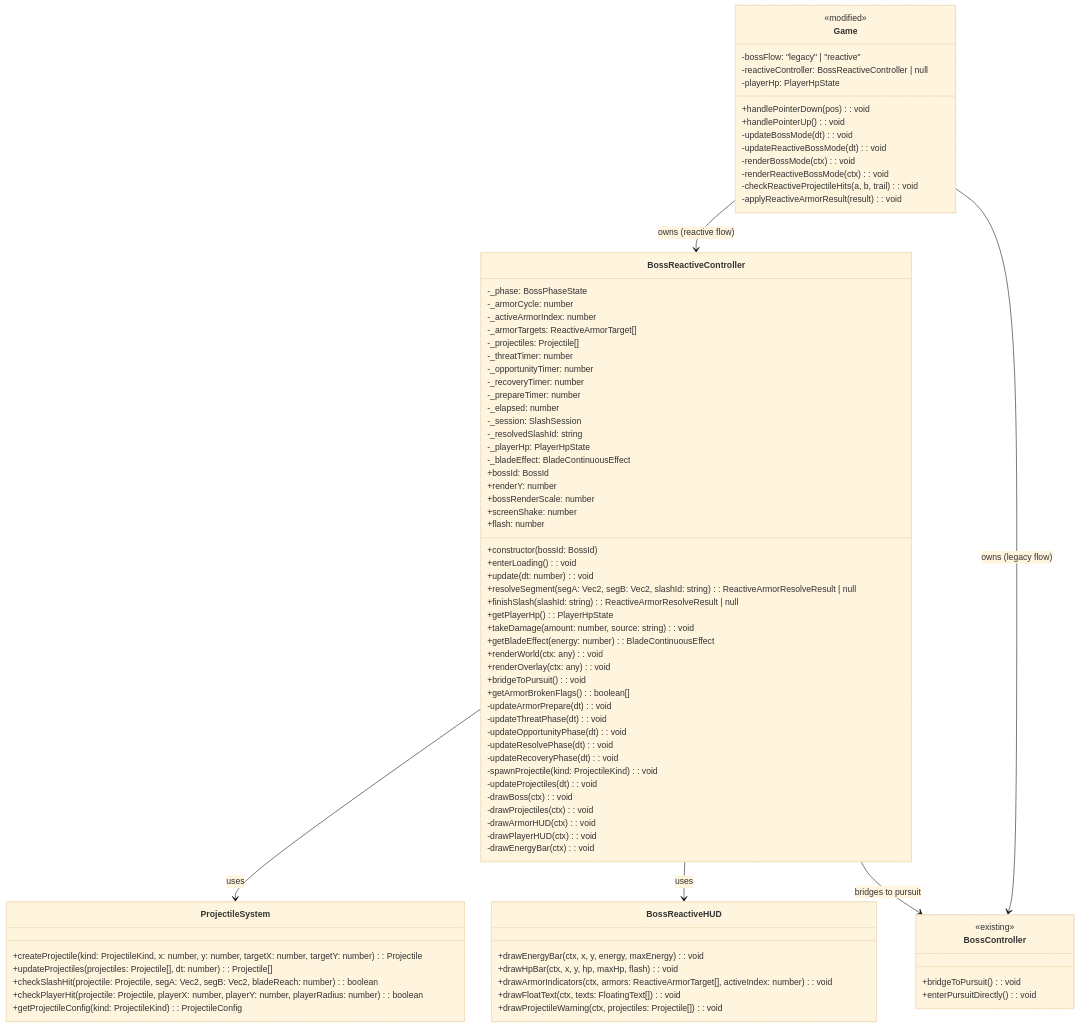
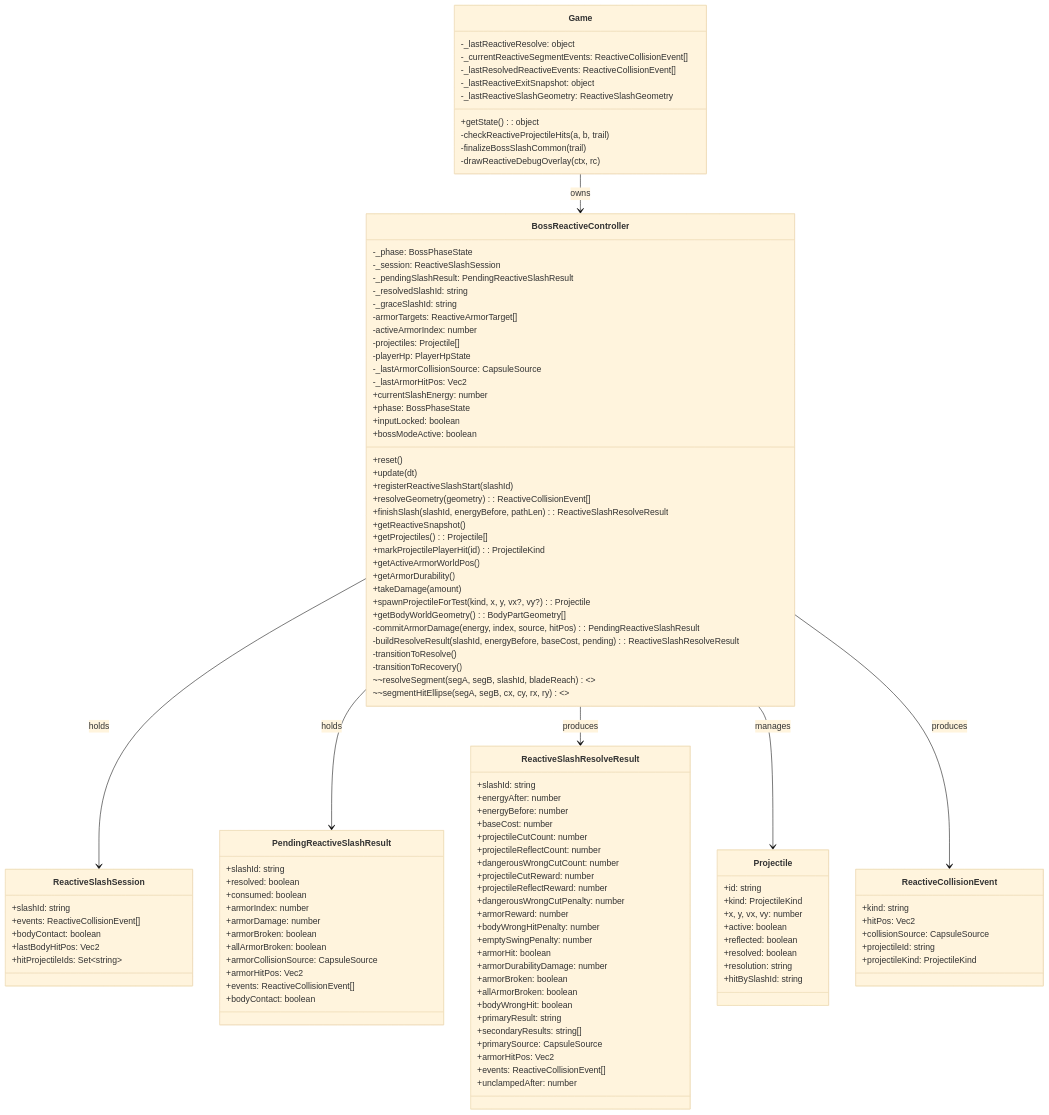
The diagram in docs/class-diagram.mermaid (HubinAI/one-blade-h5-prototype), drawn with Mermaid (base theme) before and after one commit. The commit also changed 9 other files, not shown here.

```diff
--- a/docs/class-diagram.mermaid
+++ b/docs/class-diagram.mermaid
@@ -1,91 +1,124 @@
 classDiagram
+    class Game {
+        -_lastReactiveResolve: object
+        -_currentReactiveSegmentEvents: ReactiveCollisionEvent[]
+        -_lastResolvedReactiveEvents: ReactiveCollisionEvent[]
+        -_lastReactiveExitSnapshot: object
+        -_lastReactiveSlashGeometry: ReactiveSlashGeometry
+        +getState() : object
+        -checkReactiveProjectileHits(a, b, trail)
+        -finalizeBossSlashCommon(trail)
+        -drawReactiveDebugOverlay(ctx, rc)
+    }
+
     class BossReactiveController {
         -_phase: BossPhaseState
-        -_armorCycle: number
-        -_activeArmorIndex: number
-        -_armorTargets: ReactiveArmorTarget[]
-        -_projectiles: Projectile[]
-        -_threatTimer: number
-        -_opportunityTimer: number
-        -_recoveryTimer: number
-        -_prepareTimer: number
-        -_elapsed: number
-        -_session: SlashSession
+        -_session: ReactiveSlashSession
+        -_pendingSlashResult: PendingReactiveSlashResult
         -_resolvedSlashId: string
-        -_playerHp: PlayerHpState
-        -_bladeEffect: BladeContinuousEffect
-        +bossId: BossId
-        +renderY: number
-        +bossRenderScale: number
-        +screenShake: number
-        +flash: number
-        
-        +constructor(bossId: BossId)
-        +enterLoading(): void
-        +update(dt: number): void
-        +resolveSegment(segA: Vec2, segB: Vec2, slashId: string): ReactiveArmorResolveResult | null
-        +finishSlash(slashId: string): ReactiveArmorResolveResult | null
-        +getPlayerHp(): PlayerHpState
-        +takeDamage(amount: number, source: string): void
-        +getBladeEffect(energy: number): BladeContinuousEffect
-        +renderWorld(ctx: any): void
-        +renderOverlay(ctx: any): void
-        +bridgeToPursuit(): void
-        +getArmorBrokenFlags(): boolean[]
-        
-        -updateArmorPrepare(dt): void
-        -updateThreatPhase(dt): void
-        -updateOpportunityPhase(dt): void
-        -updateResolvePhase(dt): void
-        -updateRecoveryPhase(dt): void
-        -spawnProjectile(kind: ProjectileKind): void
-        -updateProjectiles(dt): void
-        -drawBoss(ctx): void
-        -drawProjectiles(ctx): void
-        -drawArmorHUD(ctx): void
-        -drawPlayerHUD(ctx): void
-        -drawEnergyBar(ctx): void
+        -_graceSlashId: string
+        -armorTargets: ReactiveArmorTarget[]
+        -activeArmorIndex: number
+        -projectiles: Projectile[]
+        -playerHp: PlayerHpState
+        -_lastArmorCollisionSource: CapsuleSource
+        -_lastArmorHitPos: Vec2
+        +currentSlashEnergy: number
+        +phase: BossPhaseState
+        +inputLocked: boolean
+        +bossModeActive: boolean
+        +reset()
+        +update(dt)
+        +registerReactiveSlashStart(slashId)
+        +resolveGeometry(geometry): ReactiveCollisionEvent[]
+        +finishSlash(slashId, energyBefore, pathLen): ReactiveSlashResolveResult
+        +getReactiveSnapshot()
+        +getProjectiles(): Projectile[]
+        +markProjectilePlayerHit(id): ProjectileKind
+        +getActiveArmorWorldPos()
+        +getArmorDurability()
+        +takeDamage(amount)
+        +spawnProjectileForTest(kind, x, y, vx?, vy?): Projectile
+        +getBodyWorldGeometry(): BodyPartGeometry[]
+        -commitArmorDamage(energy, index, source, hitPos): PendingReactiveSlashResult
+        -buildResolveResult(slashId, energyBefore, baseCost, pending): ReactiveSlashResolveResult
+        -transitionToResolve()
+        -transitionToRecovery()
+        ~~resolveSegment(segA, segB, slashId, bladeReach)~~
+        ~~segmentHitEllipse(segA, segB, cx, cy, rx, ry)~~
     }
 
-    class ProjectileSystem {
-        +createProjectile(kind: ProjectileKind, x: number, y: number, targetX: number, targetY: number): Projectile
-        +updateProjectiles(projectiles: Projectile[], dt: number): Projectile[]
-        +checkSlashHit(projectile: Projectile, segA: Vec2, segB: Vec2, bladeReach: number): boolean
-        +checkPlayerHit(projectile: Projectile, playerX: number, playerY: number, playerRadius: number): boolean
-        +getProjectileConfig(kind: ProjectileKind): ProjectileConfig
+    class ReactiveSlashSession {
+        +slashId: string
+        +events: ReactiveCollisionEvent[]
+        +bodyContact: boolean
+        +lastBodyHitPos: Vec2
+        +hitProjectileIds: Set~string~
     }
 
-    class BossReactiveHUD {
-        +drawEnergyBar(ctx, x, y, energy, maxEnergy): void
-        +drawHpBar(ctx, x, y, hp, maxHp, flash): void
-        +drawArmorIndicators(ctx, armors: ReactiveArmorTarget[], activeIndex: number): void
-        +drawFloatText(ctx, texts: FloatingText[]): void
-        +drawProjectileWarning(ctx, projectiles: Projectile[]): void
+    class PendingReactiveSlashResult {
+        +slashId: string
+        +resolved: boolean
+        +consumed: boolean
+        +armorIndex: number
+        +armorDamage: number
+        +armorBroken: boolean
+        +allArmorBroken: boolean
+        +armorCollisionSource: CapsuleSource
+        +armorHitPos: Vec2
+        +events: ReactiveCollisionEvent[]
+        +bodyContact: boolean
     }
 
-    class BossController {
-        <<existing>>
-        +bridgeToPursuit(): void
-        +enterPursuitDirectly(): void
+    class ReactiveSlashResolveResult {
+        +slashId: string
+        +energyAfter: number
+        +energyBefore: number
+        +baseCost: number
+        +projectileCutCount: number
+        +projectileReflectCount: number
+        +dangerousWrongCutCount: number
+        +projectileCutReward: number
+        +projectileReflectReward: number
+        +dangerousWrongCutPenalty: number
+        +armorReward: number
+        +bodyWrongHitPenalty: number
+        +emptySwingPenalty: number
+        +armorHit: boolean
+        +armorDurabilityDamage: number
+        +armorBroken: boolean
+        +allArmorBroken: boolean
+        +bodyWrongHit: boolean
+        +primaryResult: string
+        +secondaryResults: string[]
+        +primarySource: CapsuleSource
+        +armorHitPos: Vec2
+        +events: ReactiveCollisionEvent[]
+        +unclampedAfter: number
     }
 
-    class Game {
-        <<modified>>
-        -bossFlow: "legacy" | "reactive"
-        -reactiveController: BossReactiveController | null
-        -playerHp: PlayerHpState
-        +handlePointerDown(pos): void
-        +handlePointerUp(): void
-        -updateBossMode(dt): void
-        -updateReactiveBossMode(dt): void
-        -renderBossMode(ctx): void
-        -renderReactiveBossMode(ctx): void
-        -checkReactiveProjectileHits(a, b, trail): void
-        -applyReactiveArmorResult(result): void
+    class Projectile {
+        +id: string
+        +kind: ProjectileKind
+        +x, y, vx, vy: number
+        +active: boolean
+        +reflected: boolean
+        +resolved: boolean
+        +resolution: string
+        +hitBySlashId: string
     }
 
-    BossReactiveController --> ProjectileSystem : uses
-    BossReactiveController --> BossReactiveHUD : uses
-    BossReactiveController --> BossController : bridges to pursuit
-    Game --> BossReactiveController : owns (reactive flow)
-    Game --> BossController : owns (legacy flow)
+    class ReactiveCollisionEvent {
+        +kind: string
+        +hitPos: Vec2
+        +collisionSource: CapsuleSource
+        +projectileId: string
+        +projectileKind: ProjectileKind
+    }
+
+    BossReactiveController --> ReactiveSlashSession : holds
+    BossReactiveController --> PendingReactiveSlashResult : holds
+    BossReactiveController --> ReactiveSlashResolveResult : produces
+    BossReactiveController --> Projectile : manages
+    BossReactiveController --> ReactiveCollisionEvent : produces
+    Game --> BossReactiveController : owns
```
